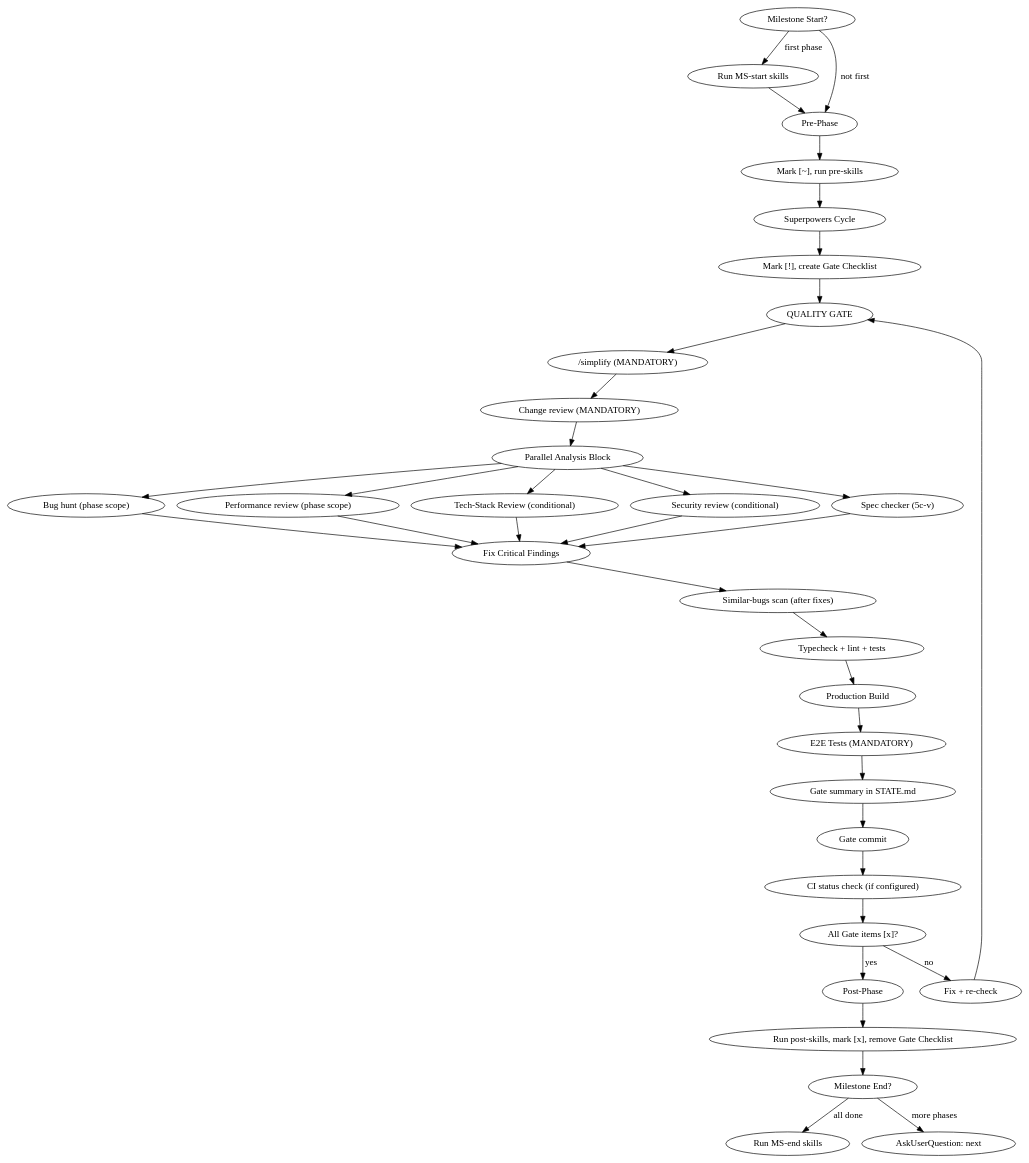
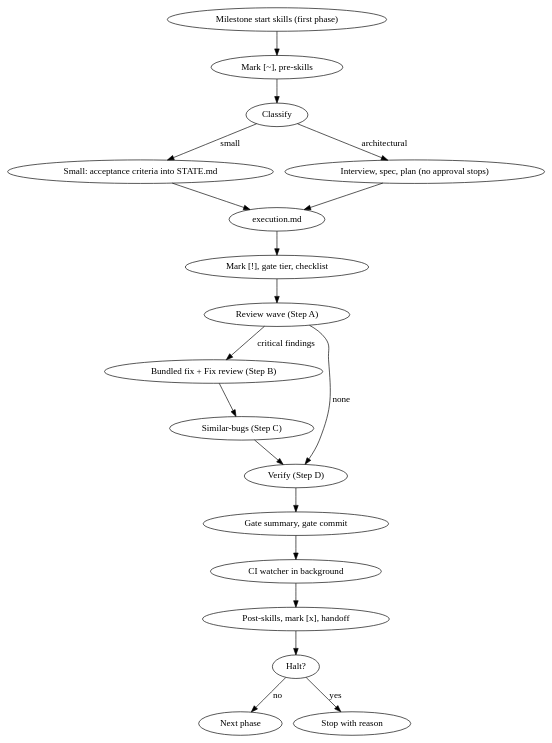
The second of 2 diagrams in dev/SKILL.md (culfin/claude-skills-public), drawn with Graphviz before and after one commit. The commit also changed other lines of this file and 6 other files, not shown here.

Commit message:
dev: run phases back to back — no confirmation stops, parallel waves, context hint

````diff
--- a/dev/SKILL.md
+++ b/dev/SKILL.md
@@ -216,40 +227,23 @@
 ```dot
 digraph phase {
   rankdir=TB;
-  "Milestone Start?" -> "Run MS-start skills" [label="first phase"];
-  "Milestone Start?" -> "Pre-Phase" [label="not first"];
-  "Run MS-start skills" -> "Pre-Phase";
-  "Pre-Phase" -> "Mark [~], run pre-skills";
-  "Mark [~], run pre-skills" -> "Superpowers Cycle";
-  "Superpowers Cycle" -> "Mark [!], create Gate Checklist";
-  "Mark [!], create Gate Checklist" -> "QUALITY GATE";
-  "QUALITY GATE" -> "/simplify (MANDATORY)";
-  "/simplify (MANDATORY)" -> "Change review (MANDATORY)";
-  "Change review (MANDATORY)" -> "Parallel Analysis Block";
-  "Parallel Analysis Block" -> "Bug hunt (phase scope)";
-  "Parallel Analysis Block" -> "Performance review (phase scope)";
-  "Parallel Analysis Block" -> "Tech-Stack Review (conditional)";
-  "Parallel Analysis Block" -> "Security review (conditional)";
-  "Parallel Analysis Block" -> "Spec checker (5c-v)";
-  "Bug hunt (phase scope)" -> "Fix Critical Findings";
-  "Performance review (phase scope)" -> "Fix Critical Findings";
-  "Tech-Stack Review (conditional)" -> "Fix Critical Findings";
-  "Security review (conditional)" -> "Fix Critical Findings";
-  "Spec checker (5c-v)" -> "Fix Critical Findings";
-  "Fix Critical Findings" -> "Similar-bugs scan (after fixes)";
-  "Similar-bugs scan (after fixes)" -> "Typecheck + lint + tests";
-  "Typecheck + lint + tests" -> "Production Build";
-  "Production Build" -> "E2E Tests (MANDATORY)";
-  "E2E Tests (MANDATORY)" -> "Gate summary in STATE.md";
-  "Gate summary in STATE.md" -> "Gate commit";
-  "Gate commit" -> "CI status check (if configured)";
-  "CI status check (if configured)" -> "All Gate items [x]?";
-  "All Gate items [x]?" -> "Post-Phase" [label="yes"];
-  "All Gate items [x]?" -> "Fix + re-check" [label="no"];
-  "Fix + re-check" -> "QUALITY GATE";
-  "Post-Phase" -> "Run post-skills, mark [x], remove Gate Checklist";
-  "Run post-skills, mark [x], remove Gate Checklist" -> "Milestone End?" [label=""];
-  "Milestone End?" -> "Run MS-end skills" [label="all done"];
-  "Milestone End?" -> "AskUserQuestion: next" [label="more phases"];
+  "Milestone start skills (first phase)" -> "Mark [~], pre-skills";
+  "Mark [~], pre-skills" -> "Classify";
+  "Classify" -> "Small: acceptance criteria into STATE.md" [label="small"];
+  "Classify" -> "Interview, spec, plan (no approval stops)" [label="architectural"];
+  "Small: acceptance criteria into STATE.md" -> "execution.md";
+  "Interview, spec, plan (no approval stops)" -> "execution.md";
+  "execution.md" -> "Mark [!], gate tier, checklist";
+  "Mark [!], gate tier, checklist" -> "Review wave (Step A)";
+  "Review wave (Step A)" -> "Bundled fix + Fix review (Step B)" [label="critical findings"];
+  "Review wave (Step A)" -> "Verify (Step D)" [label="none"];
+  "Bundled fix + Fix review (Step B)" -> "Similar-bugs (Step C)";
+  "Similar-bugs (Step C)" -> "Verify (Step D)";
+  "Verify (Step D)" -> "Gate summary, gate commit";
+  "Gate summary, gate commit" -> "CI watcher in background";
+  "CI watcher in background" -> "Post-skills, mark [x], handoff";
+  "Post-skills, mark [x], handoff" -> "Halt?";
+  "Halt?" -> "Next phase" [label="no"];
+  "Halt?" -> "Stop with reason" [label="yes"];
 }
 ```
````
